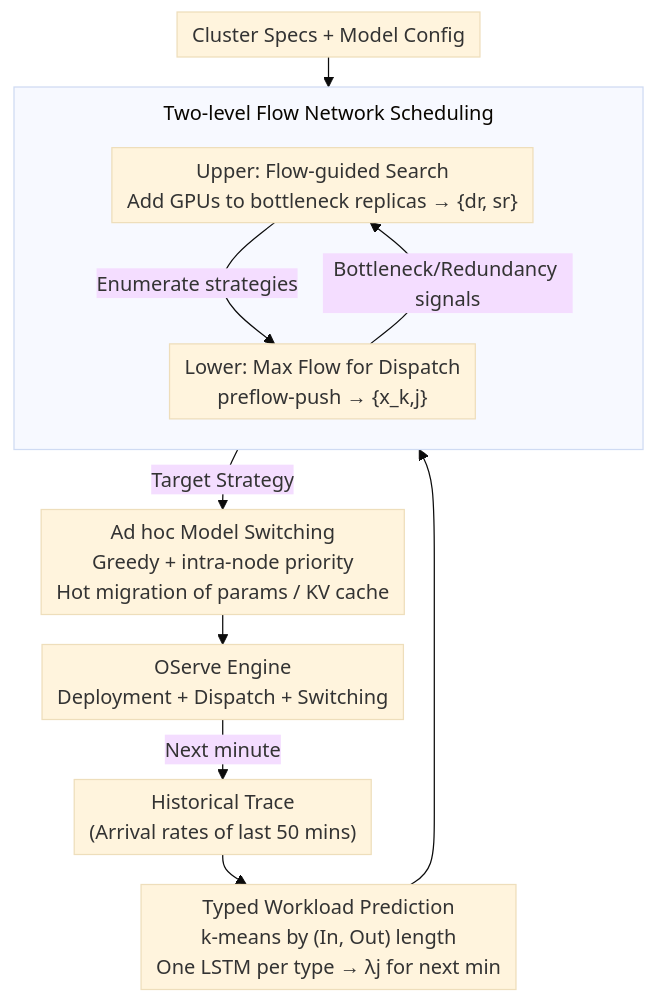
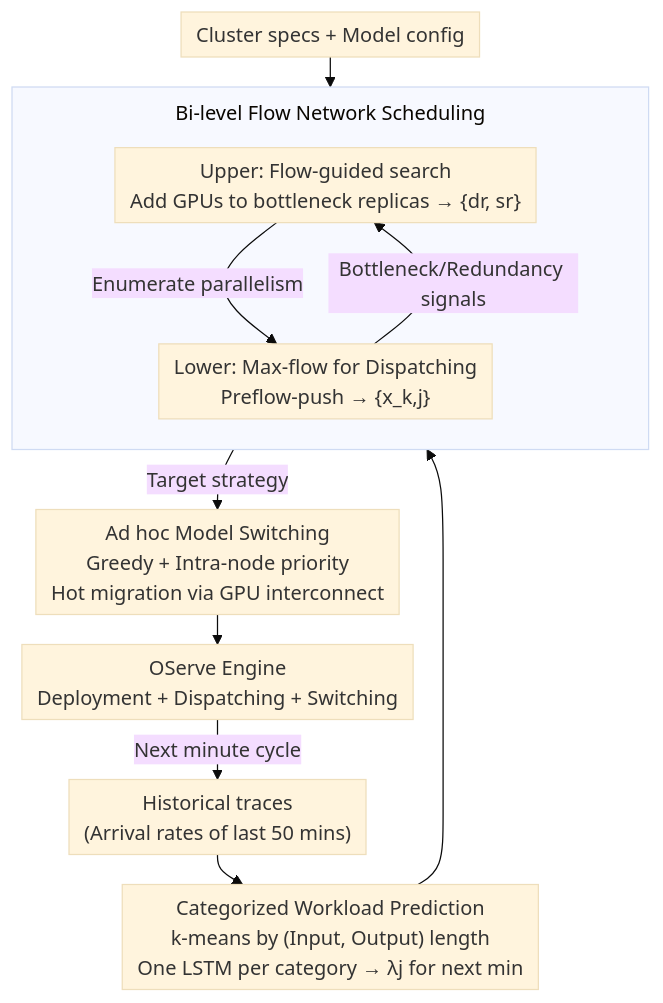
The diagram in docs/ICML2026/llm_efficiency/oserve_accelerating_llm_serving_via_spatial-temporal_workload_orchestration.md (zhaoyang97/Paper-Notes-en), drawn with Mermaid (base theme) before and after one commit. The commit also changed other lines of this file and 5084 other files, not shown here.

````diff
--- a/docs/ICML2026/llm_efficiency/oserve_accelerating_llm_serving_via_spatial-temporal_workload_orchestration.md
+++ b/docs/ICML2026/llm_efficiency/oserve_accelerating_llm_serving_via_spatial-temporal_workload_orchestration.md
@@ -42,17 +42,17 @@
 ```mermaid
 %%{init: {'flowchart': {'rankSpacing': 24, 'nodeSpacing': 28, 'padding': 6, 'wrappingWidth': 400, 'subGraphTitleMargin': {'top': 8, 'bottom': 16}}}}%%
 flowchart TD
-    H["Historical Trace<br/>(Arrival rates of last 50 mins)"] --> P["Typed Workload Prediction<br/>k-means by (In, Out) length<br/>One LSTM per type → λj for next min"]
-    CL["Cluster Specs + Model Config"] --> SCH
+    H["Historical traces<br/>(Arrival rates of last 50 mins)"] --> P["Categorized Workload Prediction<br/>k-means by (Input, Output) length<br/>One LSTM per category → λj for next min"]
+    CL["Cluster specs + Model config"] --> SCH
     P --> SCH
-    subgraph SCH["Two-level Flow Network Scheduling"]
+    subgraph SCH["Bi-level Flow Network Scheduling"]
         direction TB
-        U["Upper: Flow-guided Search<br/>Add GPUs to bottleneck replicas → {dr, sr}"]
-        L["Lower: Max Flow for Dispatch<br/>preflow-push → {x_k,j}"]
-        U -->|"Enumerate strategies"| L
+        U["Upper: Flow-guided search<br/>Add GPUs to bottleneck replicas → {dr, sr}"]
+        L["Lower: Max-flow for Dispatching<br/>Preflow-push → {x_k,j}"]
+        U -->|"Enumerate parallelism"| L
         L -->|"Bottleneck/Redundancy signals"| U
     end
-    SCH -->|"Target Strategy"| SW["Ad hoc Model Switching<br/>Greedy + intra-node priority<br/>Hot migration of params / KV cache"]
-    SW --> E["OServe Engine<br/>Deployment + Dispatch + Switching"]
-    E -->|"Next minute"| H
+    SCH -->|"Target strategy"| SW["Ad hoc Model Switching<br/>Greedy + Intra-node priority<br/>Hot migration via GPU interconnect"]
+    SW --> E["OServe Engine<br/>Deployment + Dispatching + Switching"]
+    E -->|"Next minute cycle"| H
 ```
````
